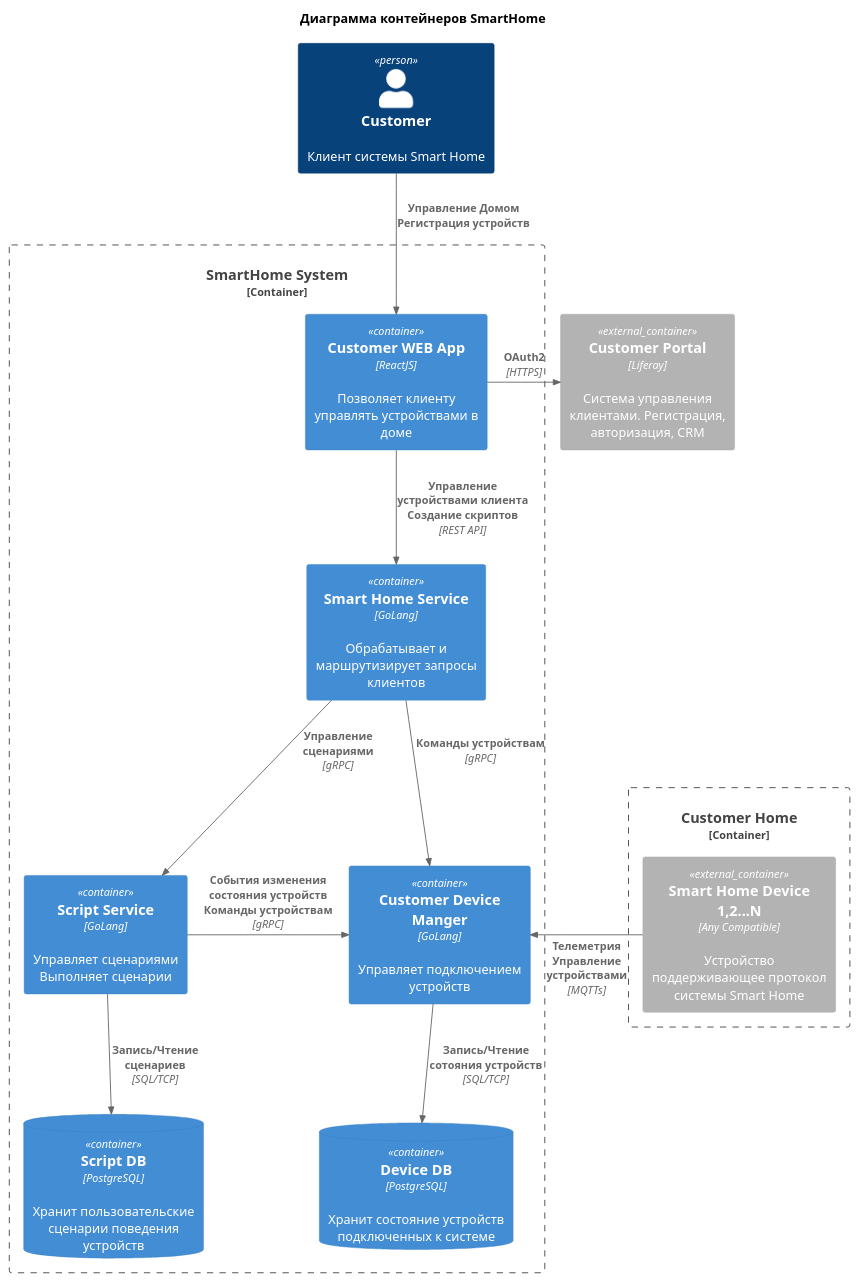
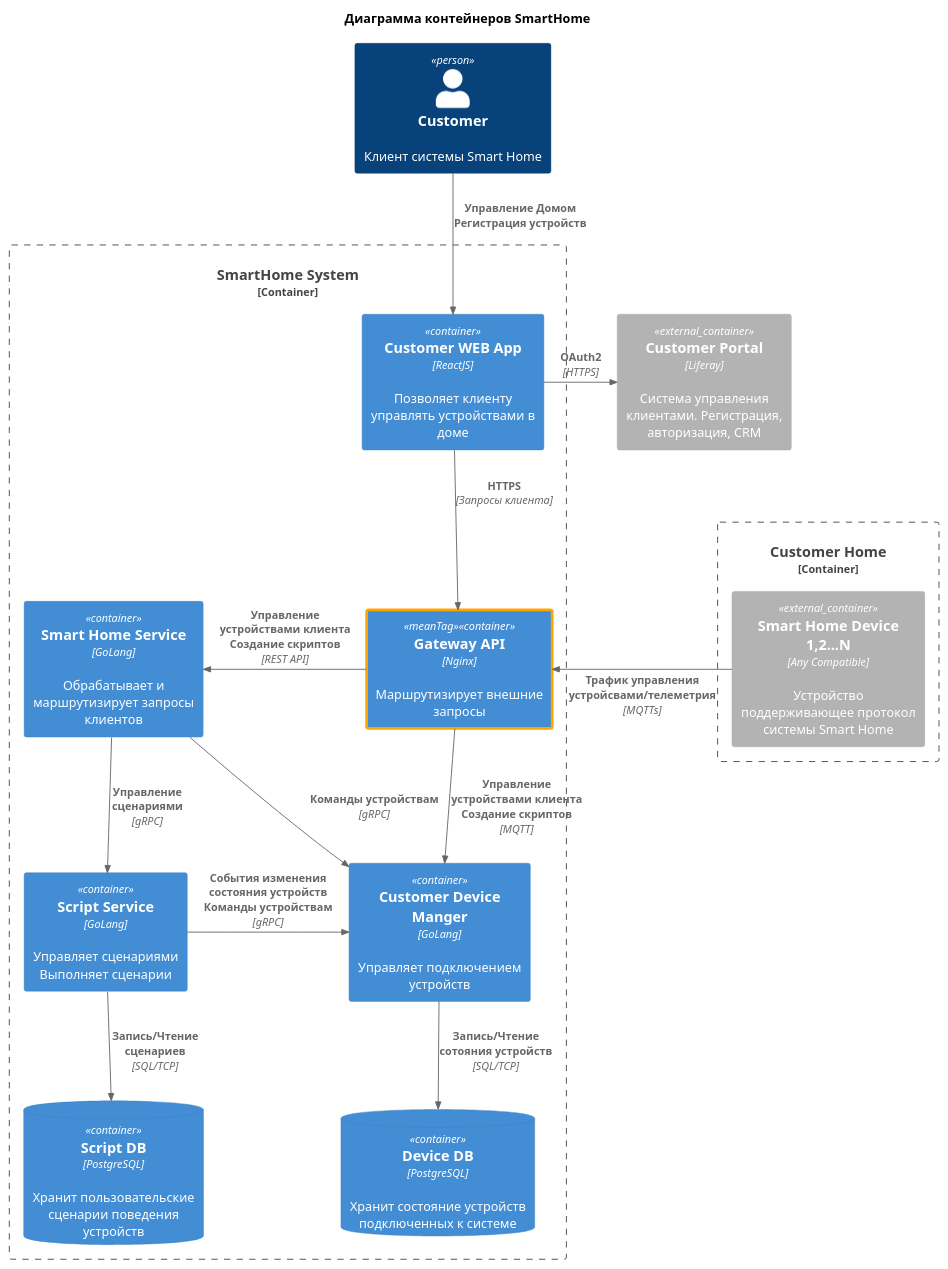
One commit to razumyan/architecture-warmhouse changed the diagram in docs/to_be/diagrams/containers.puml. Above: the diagram before and after it, drawn with PlantUML. The commit also changed 6 other files, not shown here.

Commit message:
SPRINT1: Second iteration  - Дополнена ER-model  - Убран мусор из README  - Дополнено опесание As-Is истемы  - Переработан контекст As-Is системы  - На To-Be контейнеры добавлен Getway API

```diff
--- a/docs/to_be/diagrams/containers.puml
+++ b/docs/to_be/diagrams/containers.puml
@@ -1,35 +1,41 @@
 @startuml
 title Диаграмма контейнеров SmartHome
 
 !include https://raw.githubusercontent.com/RicardoNiepel/C4-PlantUML/master/C4_Container.puml
 
+AddContainerTag("meanTag", $borderColor="orange", $borderThickness="3")
+
 Person(customer, "Customer", "Клиент системы Smart Home")
 
 Container_Boundary(SmartHomeSystem, "SmartHome System") {
+  Container(GatewayAPI, "Gateway API", "Nginx", "Маршрутизирует внешние запросы", $tags="meanTag")
   Container(SmartHomeService, "Smart Home Service", "GoLang", "Обрабатывает и маршрутизирует запросы клиентов")
   Container(ScriptService, "Script Service", "GoLang", "Управляет сценариями\nВыполняет сценарии")
   Container(CustomerApp, "Customer WEB App", "ReactJS", "Позволяет клиенту управлять устройствами в доме")
   Container(CustomerDeviceManger, "Customer Device Manger", "GoLang", "Управляет подключением устройств")
   ContainerDb(DeviceDatabase, "Device DB", "PostgreSQL", "Хранит состояние устройств подключенных к системе")
   ContainerDb(ScriptDatabase, "Script DB", "PostgreSQL", "Хранит пользовательские сценарии поведения устройств")
+
+  Rel_D(CustomerApp, GatewayAPI, "HTTPS", "Запросы клиента")
+  Rel_L(GatewayAPI, SmartHomeService, "Управление устройствами клиента\nСоздание скриптов", "REST API")
+  Rel_D(GatewayAPI, CustomerDeviceManger, "Управление устройствами клиента\nСоздание скриптов", "MQTT")
+  Rel_D(CustomerDeviceManger, DeviceDatabase, "Запись/Чтение сотояния устройств", "SQL/TCP")
+  Rel_D(SmartHomeService, CustomerDeviceManger, "Команды устройствам", "gRPC")
+  Rel_D(SmartHomeService, ScriptService, "Управление сценариями", "gRPC")
+  Rel_D(ScriptService, ScriptDatabase, "Запись/Чтение сценариев", "SQL/TCP")
+  Rel_R(ScriptService, CustomerDeviceManger, "События изменения состояния устройств\nКоманды устройствам", "gRPC")
 }
+
+Rel_D(customer, CustomerApp, "Управление Домом\nРегистрация устройств")
 
 Container_Boundary(CustomerHome, "Customer Home") {
   Container_Ext(SmartHomeDevice, "Smart Home Device\n1,2...N", "Any Compatible", "Устройство поддерживающее протокол системы Smart Home")
 }
 
 Container_Ext(CustomerPortal, "Customer Portal", "Liferay", "Система управления клиентами. Регистрация, авторизация, CRM")
 
-Rel_L(SmartHomeDevice, CustomerDeviceManger, "Телеметрия\nУправление устройствами", "MQTTs")
-
-Rel_D(customer, CustomerApp, "Управление Домом\nРегистрация устройств")
-Rel_D(CustomerApp, SmartHomeService, "Управление устройствами клиента\nСоздание скриптов", "REST API")
 Rel_R(CustomerApp, CustomerPortal, "OAuth2", "HTTPS")
 
-Rel_D(CustomerDeviceManger, DeviceDatabase, "Запись/Чтение сотояния устройств", "SQL/TCP")
-Rel_D(SmartHomeService, CustomerDeviceManger, "Команды устройствам", "gRPC")
-Rel_D(SmartHomeService, ScriptService, "Управление сценариями", "gRPC")
-Rel_D(ScriptService, ScriptDatabase, "Запись/Чтение сценариев", "SQL/TCP")
-Rel_R(ScriptService, CustomerDeviceManger, "События изменения состояния устройств\nКоманды устройствам", "gRPC")
+Rel_L(SmartHomeDevice, GatewayAPI, "Трафик управления устройсвами/телеметрия", "MQTTs")
 
 @enduml
```
